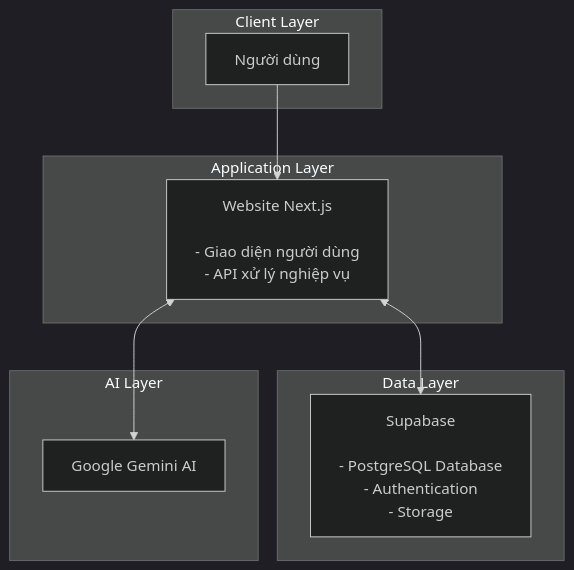
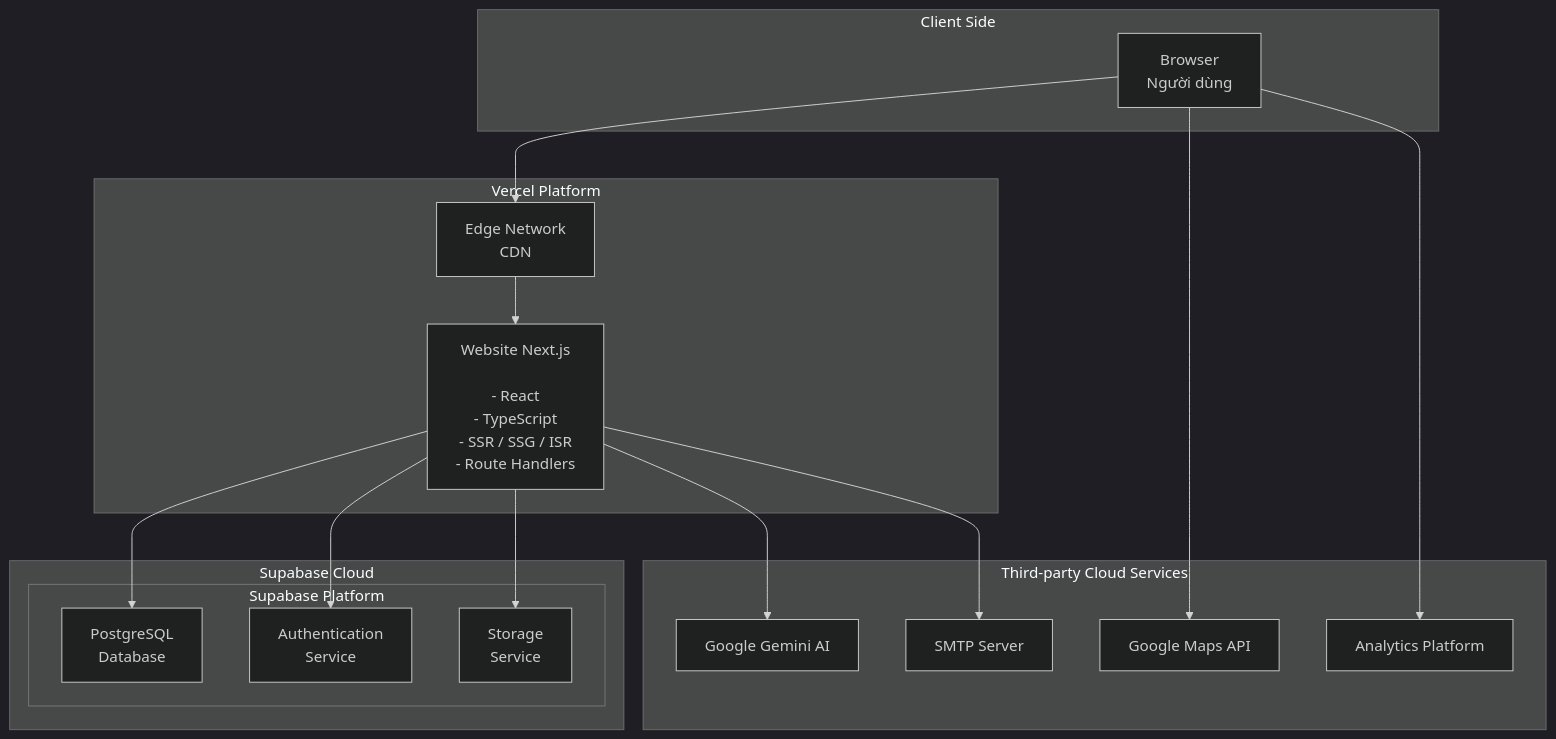
The second of 9 diagrams in docs/Báo cáo đánh giá và đề xuất nâng cấp.md (appdev-cmd/cic-web), drawn with Mermaid (dark theme) before and after one commit. The commit also changed other lines of this file, not shown here.

Commit message:
docs(report): update implementation plan, GEO and database optimization

````diff
--- a/docs/Báo cáo đánh giá và đề xuất nâng cấp.md
+++ b/docs/Báo cáo đánh giá và đề xuất nâng cấp.md
@@ -242,22 +334,36 @@
 ```mermaid
 graph TB
-    subgraph "Client Layer"
-        A["Người dùng"]
+    subgraph "Client Side"
+        A["Browser<br/>Người dùng"]
     end
-    
-    subgraph "Application Layer"
-        B["Website Next.js<br/><br/>- Giao diện người dùng<br/>- API xử lý nghiệp vụ"]
+
+    subgraph "Vercel Platform"
+        B["Edge Network<br/>CDN"]
+        C["Website Next.js<br/><br/>- React<br/>- TypeScript<br/>- SSR / SSG / ISR<br/>- Route Handlers"]
     end
-    
-    subgraph "Data Layer"
-        C["Supabase<br/><br/>- PostgreSQL Database<br/>- Authentication<br/>- Storage"]
+
+    subgraph "Supabase Cloud"
+        subgraph "Supabase Platform"
+            D["PostgreSQL<br/>Database"]
+            E["Authentication<br/>Service"]
+            F["Storage<br/>Service"]
+        end
     end
-    
-    subgraph "AI Layer"
-        D["Google Gemini AI"]
+
+    subgraph "Third-party Cloud Services"
+        G["Google Gemini AI"]
+        H["SMTP Server"]
+        I["Google Maps API"]
+        J["Analytics Platform"]
     end
-    
+
     A --> B
-    B <--> C
-    B <--> D
+    B --> C
+    C --> D
+    C --> E
+    C --> F
+    C --> G
+    C --> H
+    A --> I
+    A --> J
 ```
````
